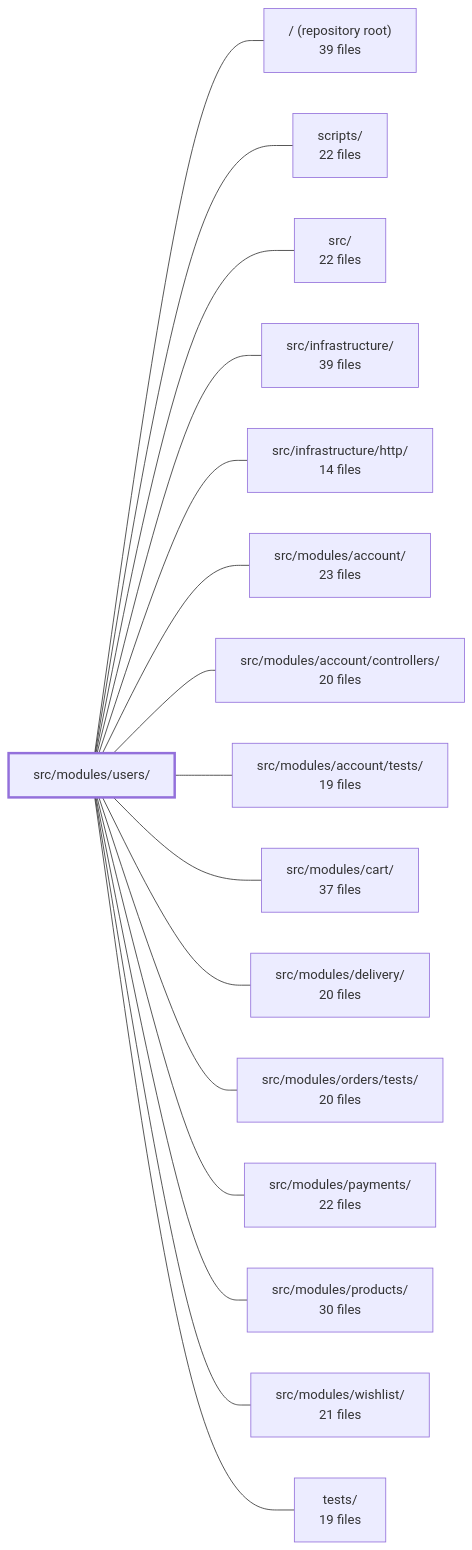
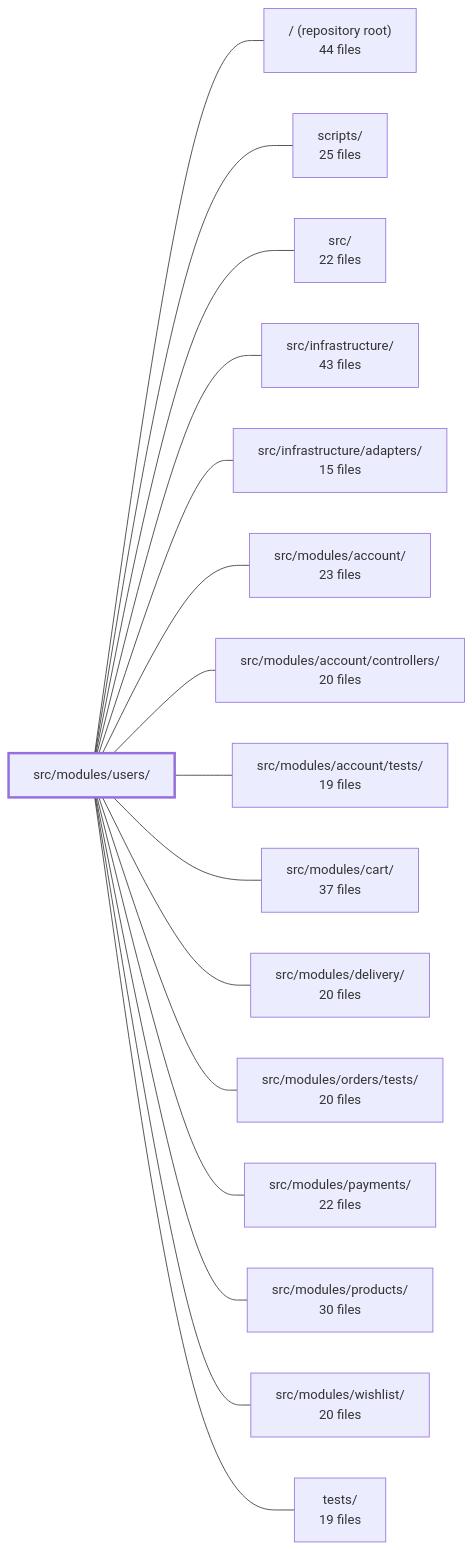
One commit to Guebbit/boilerplate-node-backend changed the diagram in .2repo/modules/boilerplate-node-backend_src_modules_users.md. Above: the diagram before and after it, drawn with Mermaid. The commit also changed other lines of this file and 625 other files, not shown here.

````diff
--- a/.2repo/modules/boilerplate-node-backend_src_modules_users.md
+++ b/.2repo/modules/boilerplate-node-backend_src_modules_users.md
@@ -43,35 +40,35 @@
 ```mermaid
 flowchart LR
     m_src_modules_users["src/modules/users/"]
-    m_root["/ (repository root)<br/>39 files"]
-    m_scripts["scripts/<br/>22 files"]
+    m_root["/ (repository root)<br/>44 files"]
+    m_scripts["scripts/<br/>25 files"]
     m_src["src/<br/>22 files"]
-    m_src_infrastructure["src/infrastructure/<br/>39 files"]
-    m_src_infrastructure_http["src/infrastructure/http/<br/>14 files"]
+    m_src_infrastructure["src/infrastructure/<br/>43 files"]
+    m_src_infrastructure_adapters["src/infrastructure/adapters/<br/>15 files"]
     m_src_modules_account["src/modules/account/<br/>23 files"]
     m_src_modules_account_controllers["src/modules/account/controllers/<br/>20 files"]
     m_src_modules_account_tests["src/modules/account/tests/<br/>19 files"]
     m_src_modules_cart["src/modules/cart/<br/>37 files"]
     m_src_modules_delivery["src/modules/delivery/<br/>20 files"]
     m_src_modules_orders_tests["src/modules/orders/tests/<br/>20 files"]
     m_src_modules_payments["src/modules/payments/<br/>22 files"]
     m_src_modules_products["src/modules/products/<br/>30 files"]
-    m_src_modules_wishlist["src/modules/wishlist/<br/>21 files"]
+    m_src_modules_wishlist["src/modules/wishlist/<br/>20 files"]
     m_tests["tests/<br/>19 files"]
     m_src_modules_users --- m_root
     m_src_modules_users --- m_scripts
     m_src_modules_users --- m_src
     m_src_modules_users --- m_src_infrastructure
-    m_src_modules_users --- m_src_infrastructure_http
+    m_src_modules_users --- m_src_infrastructure_adapters
     m_src_modules_users --- m_src_modules_account
     m_src_modules_users --- m_src_modules_account_controllers
     m_src_modules_users --- m_src_modules_account_tests
     m_src_modules_users --- m_src_modules_cart
     m_src_modules_users --- m_src_modules_delivery
     m_src_modules_users --- m_src_modules_orders_tests
     m_src_modules_users --- m_src_modules_payments
     m_src_modules_users --- m_src_modules_products
     m_src_modules_users --- m_src_modules_wishlist
     m_src_modules_users --- m_tests
     style m_src_modules_users stroke-width:3px
 ```
````
